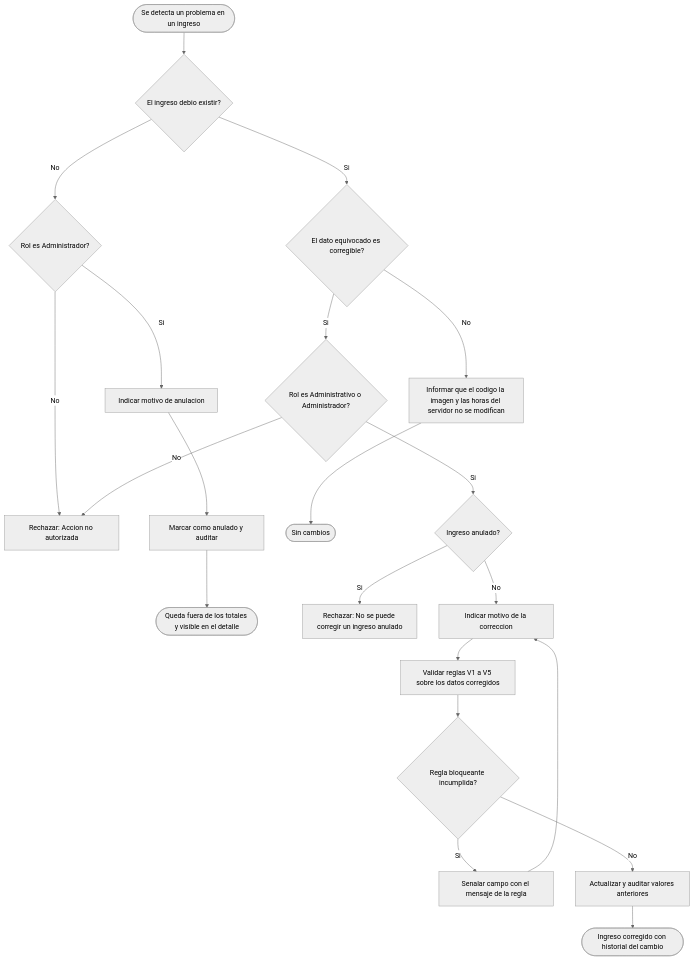
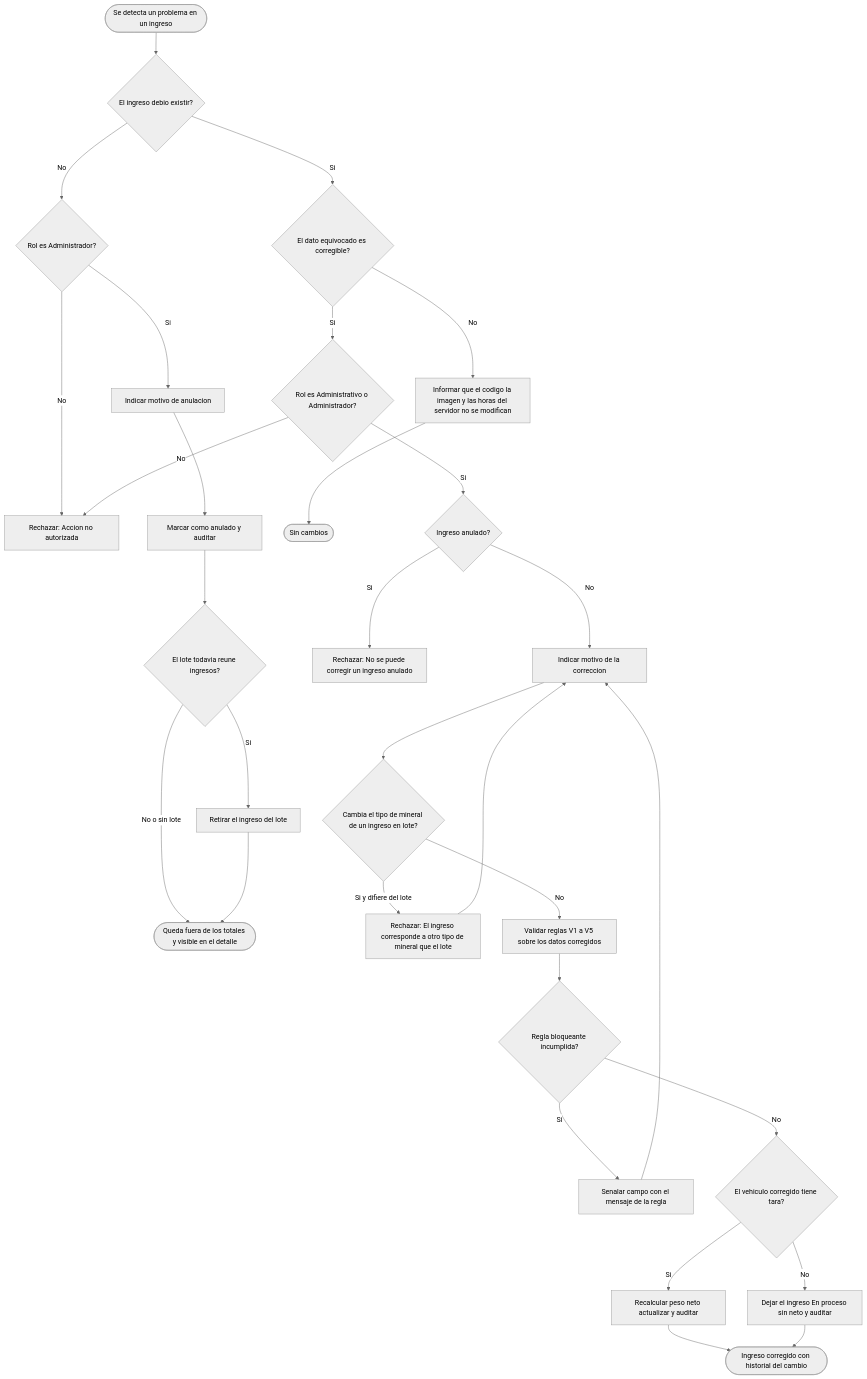
Before and after one commit to adlerOmonte1/LogisticaMinera: the second of 4 diagrams in docs/modulos/M03-ingresos/diagramas/actividades.md, drawn with Mermaid (neutral theme). The commit also changed other lines of this file and 9 other files, not shown here.

````diff
--- a/docs/modulos/M03-ingresos/diagramas/actividades.md
+++ b/docs/modulos/M03-ingresos/diagramas/actividades.md
@@ -47,24 +60,33 @@
 ```mermaid
 flowchart TD
     I([Se detecta un problema en un ingreso]) --> D1{El ingreso debio existir?}
     D1 -->|No| D2{Rol es Administrador?}
     D2 -->|No| E1[Rechazar: Accion no autorizada]
     D2 -->|Si| L1[Indicar motivo de anulacion]
     L1 --> P1[Marcar como anulado y auditar]
-    P1 --> F1([Queda fuera de los totales y visible en el detalle])
+    P1 --> D7{El lote todavia reune ingresos?}
+    D7 -->|Si| P4[Retirar el ingreso del lote]
+    D7 -->|No o sin lote| F1([Queda fuera de los totales y visible en el detalle])
+    P4 --> F1
 
     D1 -->|Si| D3{El dato equivocado es corregible?}
     D3 -->|No| M1[Informar que el codigo la imagen y las horas del servidor no se modifican]
     M1 --> F2([Sin cambios])
     D3 -->|Si| D4{Rol es Administrativo o Administrador?}
     D4 -->|No| E1
     D4 -->|Si| D5{Ingreso anulado?}
     D5 -->|Si| E2[Rechazar: No se puede corregir un ingreso anulado]
     D5 -->|No| L2[Indicar motivo de la correccion]
-    L2 --> V1[Validar reglas V1 a V5 sobre los datos corregidos]
+    L2 --> D8{Cambia el tipo de mineral de un ingreso en lote?}
+    D8 -->|Si y difiere del lote| E4[Rechazar: El ingreso corresponde a otro tipo de mineral que el lote]
+    E4 --> L2
+    D8 -->|No| V1[Validar reglas V1 a V5 sobre los datos corregidos]
     V1 --> D6{Regla bloqueante incumplida?}
     D6 -->|Si| E3[Senalar campo con el mensaje de la regla]
     E3 --> L2
-    D6 -->|No| P2[Actualizar y auditar valores anteriores]
+    D6 -->|No| D9{El vehiculo corregido tiene tara?}
+    D9 -->|Si| P2[Recalcular peso neto actualizar y auditar]
+    D9 -->|No| P3[Dejar el ingreso En proceso sin neto y auditar]
     P2 --> F3([Ingreso corregido con historial del cambio])
+    P3 --> F3
 ```
````
